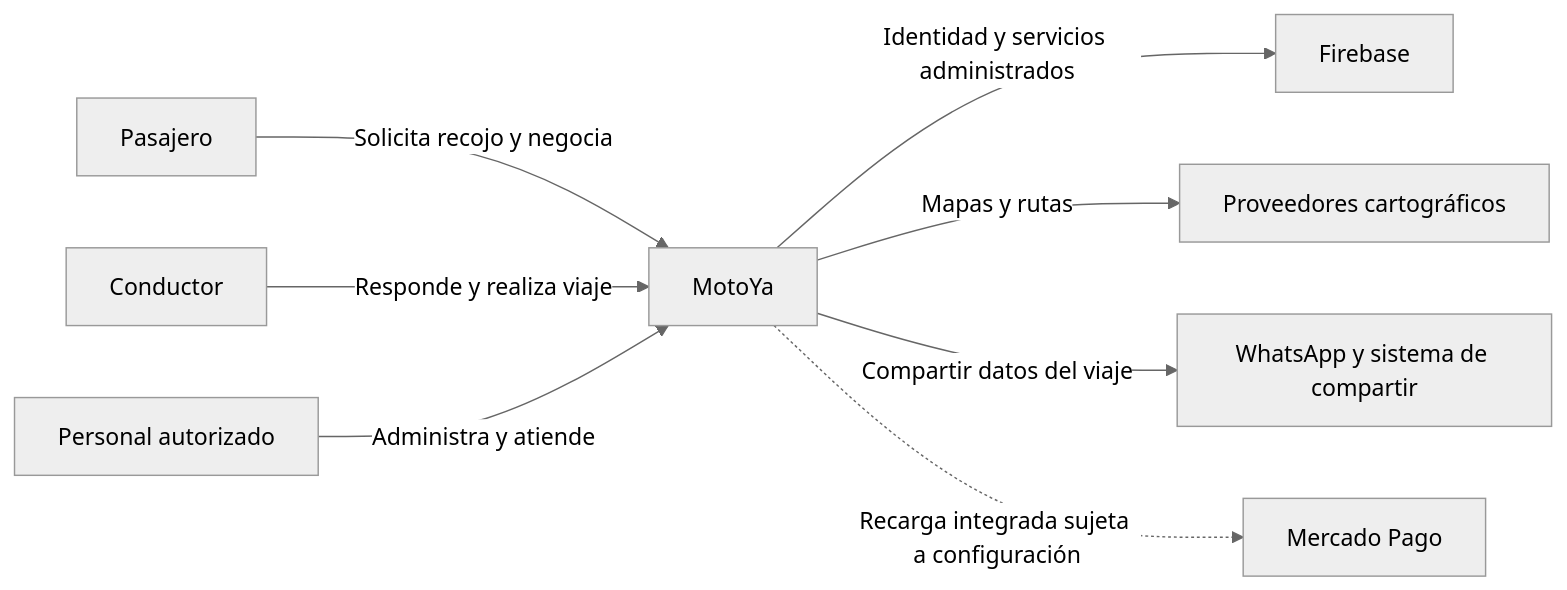
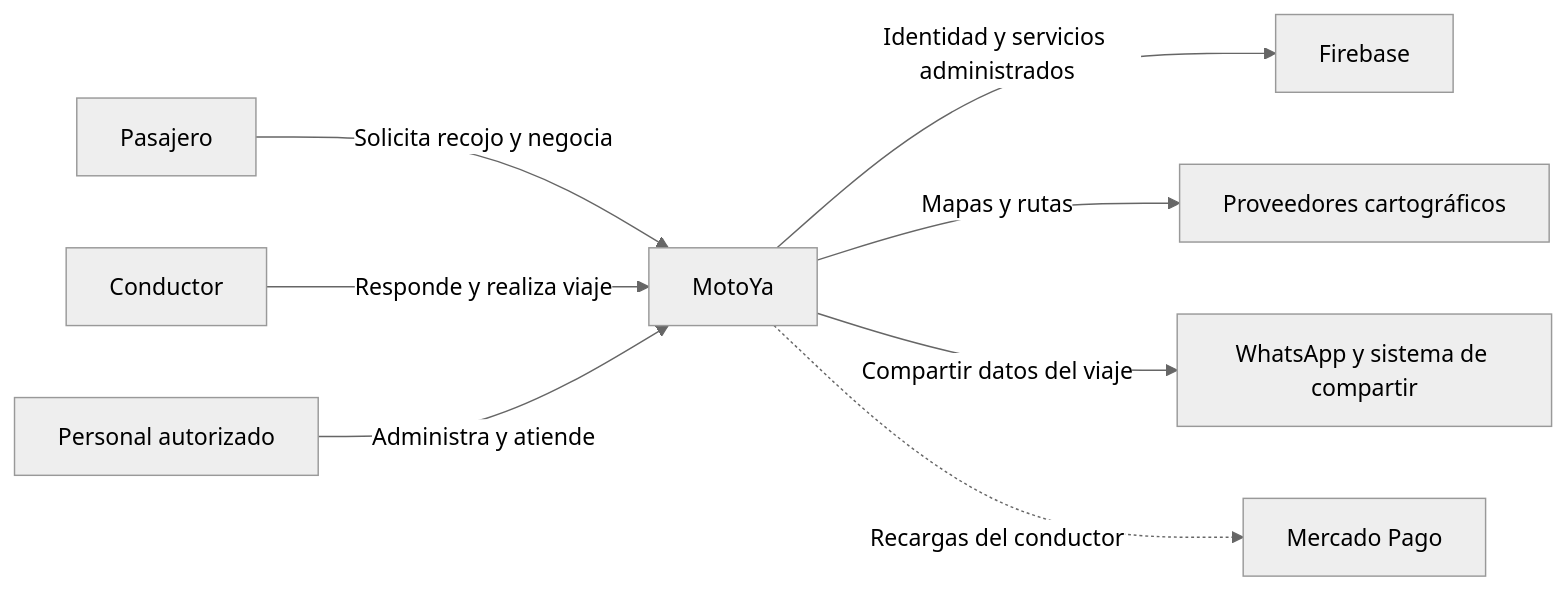
The diagram in docs/04-modelo-c4/nivel1-contexto.md (ademir-tec/Sprint01-MotoYa), drawn with Mermaid (neutral theme) before and after one commit. The commit also changed other lines of this file, not shown here.

Commit message:
docs: definir diseno MotoYa en nivel1-contexto.md

````diff
--- a/docs/04-modelo-c4/nivel1-contexto.md
+++ b/docs/04-modelo-c4/nivel1-contexto.md
@@ -25,10 +25,10 @@
 ```mermaid
 flowchart LR
   P[Pasajero] -->|Solicita recojo y negocia| M[MotoYa]
   C[Conductor] -->|Responde y realiza viaje| M
   E[Personal autorizado] -->|Administra y atiende| M
   M -->|Identidad y servicios administrados| F[Firebase]
   M -->|Mapas y rutas| R[Proveedores cartográficos]
   M -->|Compartir datos del viaje| W[WhatsApp y sistema de compartir]
-  M -.->|Recarga integrada sujeta a configuración| MP[Mercado Pago]
+  M -.->|Recargas del conductor| MP[Mercado Pago]
 ```
````
